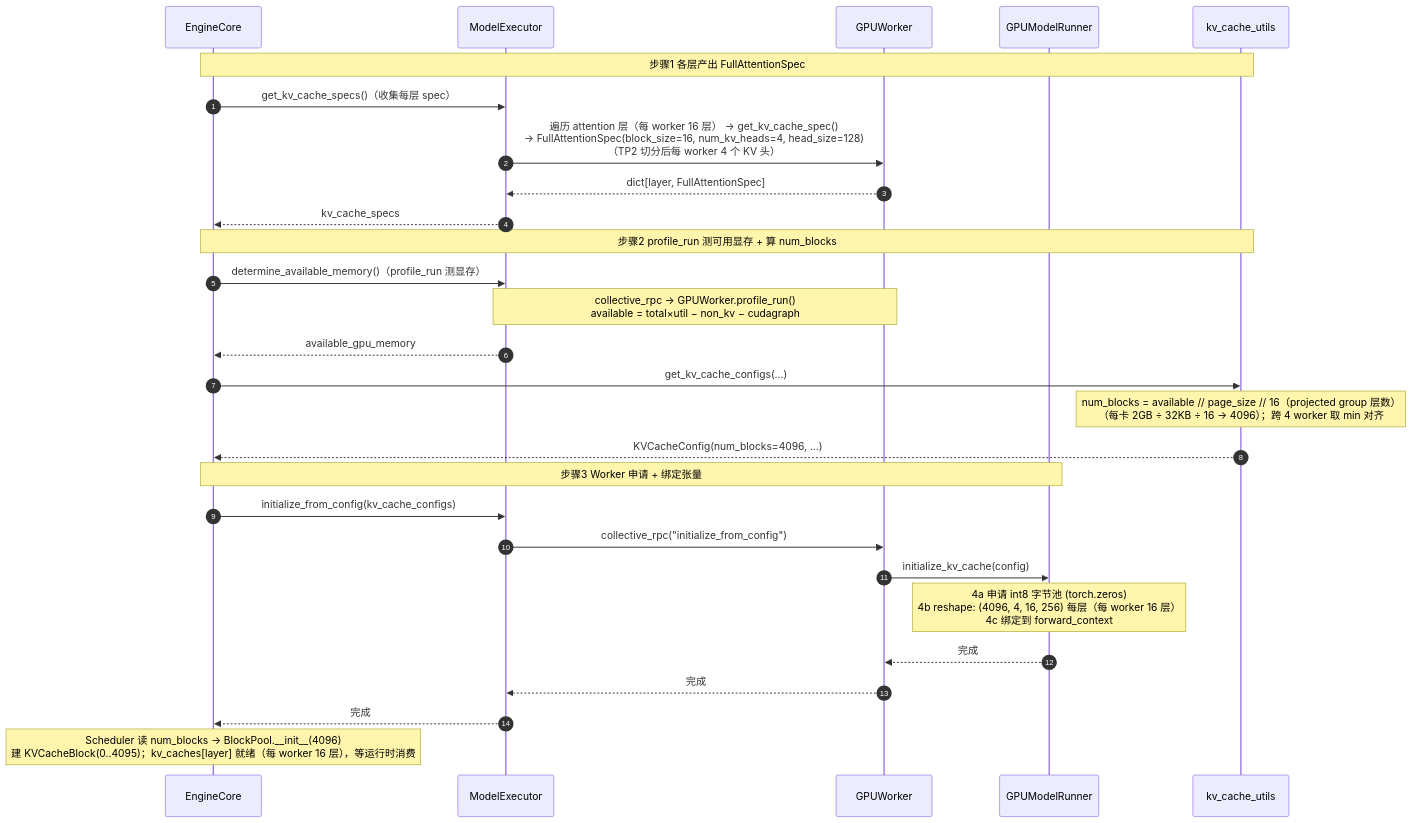
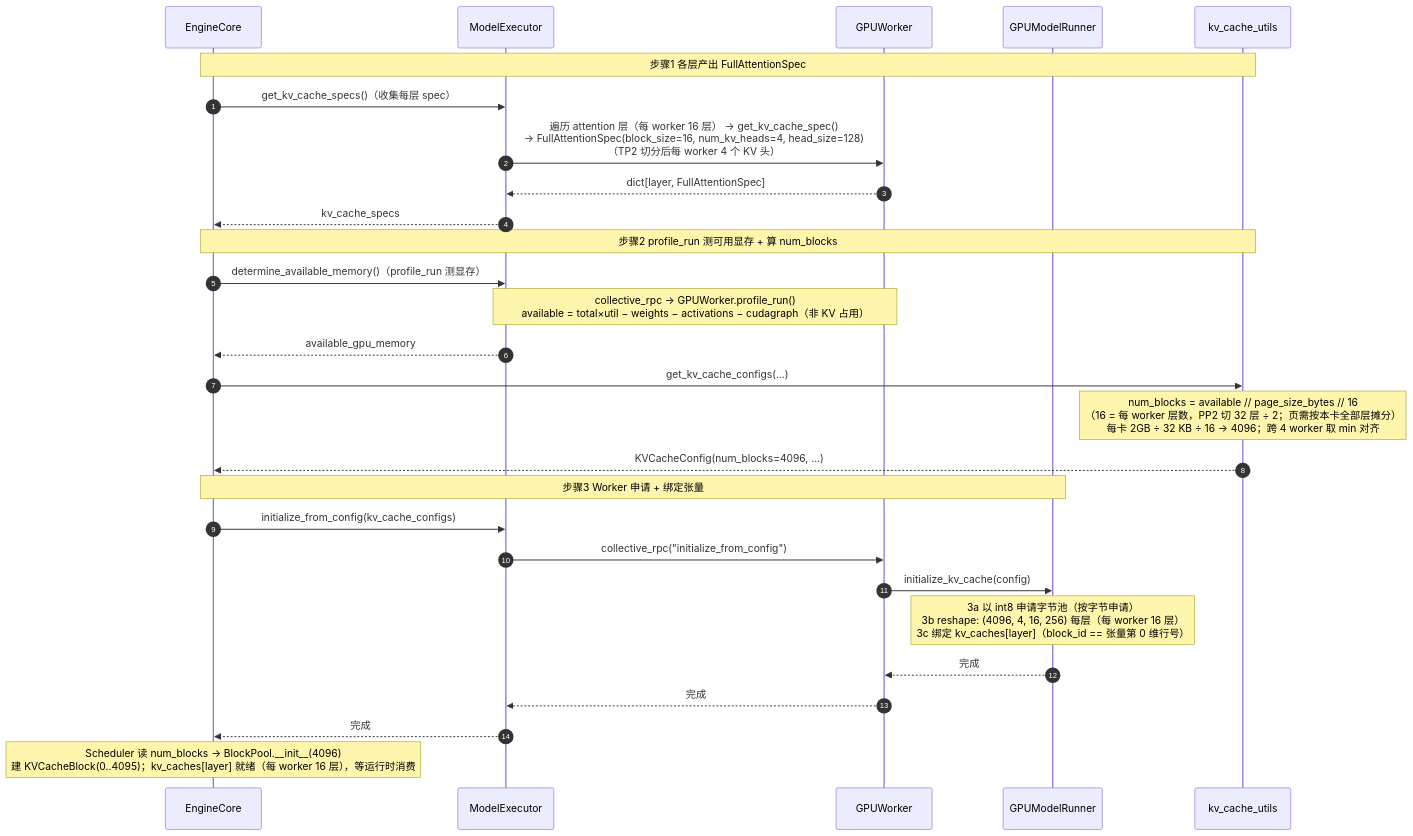
Before and after one commit to GoCHug/vllm: the first of 9 diagrams in vllm/v1/core/kvcache_docs/0_end_to_end_sequence.md, drawn with Mermaid. The commit also changed other lines of this file and 11 other files, not shown here.

````diff
--- a/vllm/v1/core/kvcache_docs/0_end_to_end_sequence.md
+++ b/vllm/v1/core/kvcache_docs/0_end_to_end_sequence.md
@@ -67,35 +67,35 @@
 ```mermaid
 %%{init: {"themeVariables": {"actorFontSize": "11px", "messageFontSize": "11px", "noteFontSize": "11px"}, "sequence": {"actorMargin": 40, "messageMargin": 16, "noteMargin": 8, "boxMargin": 8, "mirrorActors": true}}}%%
 sequenceDiagram
     autonumber
     participant EngineCore
     participant ModelExecutor
     participant GPUWorker
     participant GPUModelRunner
     participant kv_cache_utils
 
     Note over EngineCore,kv_cache_utils: 步骤1 各层产出 FullAttentionSpec
     EngineCore->>ModelExecutor: get_kv_cache_specs()（收集每层 spec）
     ModelExecutor->>GPUWorker: 遍历 attention 层（每 worker 16 层） → get_kv_cache_spec()<br/>→ FullAttentionSpec(block_size=16, num_kv_heads=4, head_size=128)<br/>（TP2 切分后每 worker 4 个 KV 头）
     GPUWorker-->>ModelExecutor: dict[layer, FullAttentionSpec]
     ModelExecutor-->>EngineCore: kv_cache_specs
 
     Note over EngineCore,kv_cache_utils: 步骤2 profile_run 测可用显存 + 算 num_blocks
     EngineCore->>ModelExecutor: determine_available_memory()（profile_run 测显存）
-    Note over ModelExecutor,GPUWorker: collective_rpc → GPUWorker.profile_run()<br/>available = total×util − non_kv − cudagraph
+    Note over ModelExecutor,GPUWorker: collective_rpc → GPUWorker.profile_run()<br/>available = total×util − weights − activations − cudagraph（非 KV 占用）
     ModelExecutor-->>EngineCore: available_gpu_memory
     EngineCore->>kv_cache_utils: get_kv_cache_configs(...)
-    Note over kv_cache_utils: num_blocks = available // page_size // 16（projected group 层数）<br/>（每卡 2GB ÷ 32KB ÷ 16 → 4096）；跨 4 worker 取 min 对齐
+    Note over kv_cache_utils: num_blocks = available // page_size_bytes // 16<br/>（16 = 每 worker 层数，PP2 切 32 层 ÷ 2；页需按本卡全部层摊分）<br/>每卡 2GB ÷ 32 KB ÷ 16 → 4096；跨 4 worker 取 min 对齐
     kv_cache_utils-->>EngineCore: KVCacheConfig(num_blocks=4096, ...)
 
     Note over EngineCore,GPUModelRunner: 步骤3 Worker 申请 + 绑定张量
     EngineCore->>ModelExecutor: initialize_from_config(kv_cache_configs)
     ModelExecutor->>GPUWorker: collective_rpc("initialize_from_config")
     GPUWorker->>GPUModelRunner: initialize_kv_cache(config)
-    Note over GPUModelRunner: 4a 申请 int8 字节池 (torch.zeros)<br/>4b reshape: (4096, 4, 16, 256) 每层（每 worker 16 层）<br/>4c 绑定到 forward_context
+    Note over GPUModelRunner: 3a 以 int8 申请字节池（按字节申请）<br/>3b reshape: (4096, 4, 16, 256) 每层（每 worker 16 层）<br/>3c 绑定 kv_caches[layer]（block_id == 张量第 0 维行号）
 
     GPUModelRunner-->>GPUWorker: 完成
     GPUWorker-->>ModelExecutor: 完成
     ModelExecutor-->>EngineCore: 完成
     Note over EngineCore: Scheduler 读 num_blocks → BlockPool.__init__(4096)<br/>建 KVCacheBlock(0..4095)；kv_caches[layer] 就绪（每 worker 16 层），等运行时消费
 ```
````
